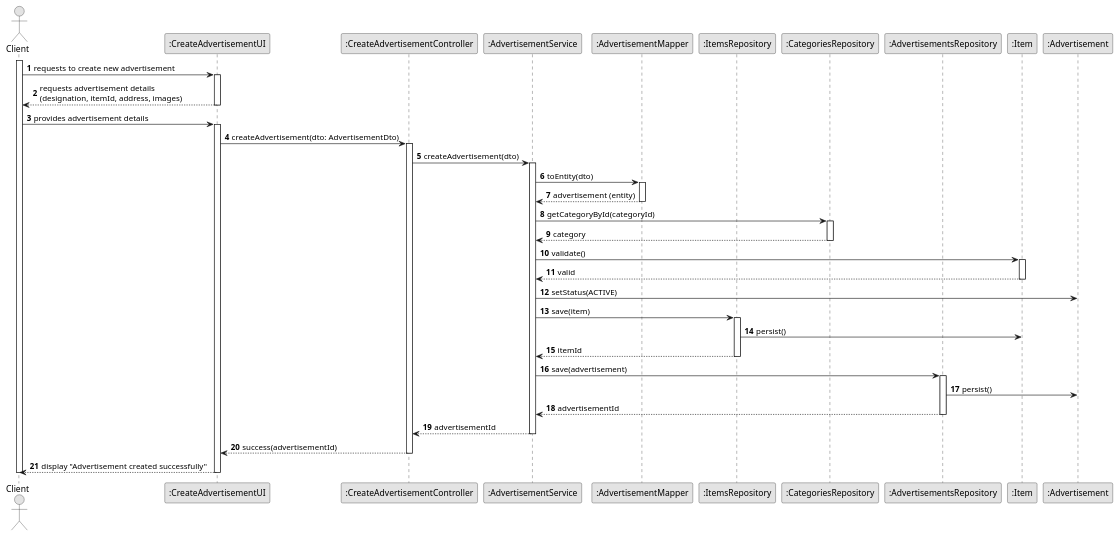
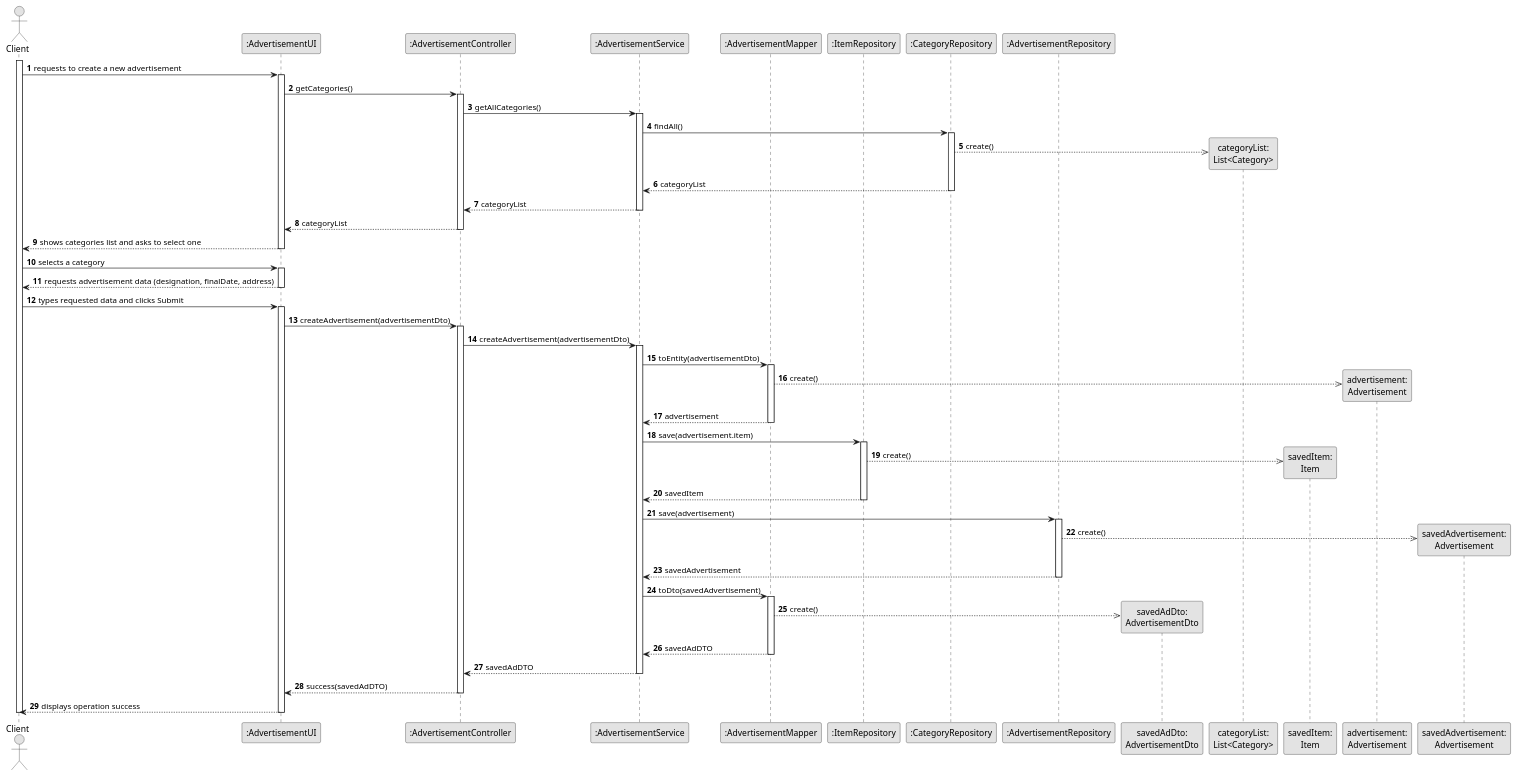
Before and after one commit to vivianeaalmeida/ComeAndGet: the diagram in Docs/US07/03-design/US07-SD.puml, drawn with PlantUML. The commit also changed 6 other files, not shown here.

```diff
--- a/Docs/US07/03-design/US07-SD.puml
+++ b/Docs/US07/03-design/US07-SD.puml
@@ -1,74 +1,99 @@
 @startuml
 skinparam monochrome true
 skinparam packageStyle rectangle
 skinparam shadowing false
 
 autonumber
 
 actor "Client" as CLIENT
-participant ":CreateAdvertisementUI" as UI
-participant ":CreateAdvertisementController" as CTRL
-participant ":AdvertisementService" as SERVICE
-participant ":AdvertisementMapper" as MAPPER
-participant ":ItemsRepository" as ITEM_REPO
-participant ":CategoriesRepository" as CAT_REPO
-participant ":AdvertisementsRepository" as AD_REPO
-participant ":Item" as ITEM
-participant ":Advertisement" as AD
+participant ":AdvertisementUI" as UI
+participant ":AdvertisementController" as CTRL
+participant ":AdvertisementService" as AD_SERVICE
+
+participant ":AdvertisementMapper" as AD_MAPPER
+participant ":ItemRepository" as ITEM_REPO
+participant ":CategoryRepository" as CAT_REPO
+participant ":AdvertisementRepository" as AD_REPO
+
+participant "savedAdDto:\nAdvertisementDto" as AD_DTO
+participant "categoryList:\nList<Category>" as CAT_LIST
+participant "savedItem:\nItem" as ITEM
+participant "advertisement:\nAdvertisement" as AD
+participant "savedAdvertisement:\nAdvertisement" as SAVED_AD
 
 activate CLIENT
 
-    CLIENT -> UI : requests to create new advertisement
+    CLIENT -> UI : requests to create a new advertisement
     activate UI
 
-        UI --> CLIENT : requests advertisement details\n(designation, itemId, address, images)
+        UI -> CTRL : getCategories()
+        activate CTRL
+
+            CTRL -> AD_SERVICE : getAllCategories()
+            activate AD_SERVICE
+
+                AD_SERVICE -> CAT_REPO : findAll()
+                activate CAT_REPO
+                    CAT_REPO -->> CAT_LIST** : create()
+                    CAT_REPO --> AD_SERVICE : categoryList
+                deactivate CAT_REPO
+
+                AD_SERVICE --> CTRL : categoryList
+            deactivate AD_SERVICE
+
+            CTRL --> UI : categoryList
+        deactivate CTRL
+
+        UI --> CLIENT : shows categories list and asks to select one
     deactivate UI
 
-    CLIENT -> UI : provides advertisement details
+    CLIENT -> UI : selects a category
     activate UI
 
-        UI -> CTRL : createAdvertisement(dto: AdvertisementDto)
+        UI --> CLIENT : requests advertisement data (designation, finalDate, address)
+    deactivate UI
+
+    CLIENT -> UI : types requested data and clicks Submit
+    activate UI
+
+        UI -> CTRL : createAdvertisement(advertisementDto)
         activate CTRL
 
-            CTRL -> SERVICE : createAdvertisement(dto)
-            activate SERVICE
+            CTRL -> AD_SERVICE : createAdvertisement(advertisementDto)
+            activate AD_SERVICE
 
-                SERVICE -> MAPPER : toEntity(dto)
-                activate MAPPER
-                    MAPPER --> SERVICE : advertisement (entity)
-                deactivate MAPPER
+                AD_SERVICE -> AD_MAPPER : toEntity(advertisementDto)
+                activate AD_MAPPER
+                    AD_MAPPER -->> AD** : create()
+                    AD_MAPPER --> AD_SERVICE : advertisement
+                deactivate AD_MAPPER
 
-                SERVICE -> CAT_REPO : getCategoryById(categoryId)
-                activate CAT_REPO
-                    CAT_REPO --> SERVICE : category
-                deactivate CAT_REPO
-
-                SERVICE -> ITEM : validate()
-                activate ITEM
-                    ITEM --> SERVICE : valid
-                deactivate ITEM
-
-                SERVICE -> AD : setStatus(ACTIVE)
-                SERVICE -> ITEM_REPO : save(item)
+                AD_SERVICE -> ITEM_REPO : save(advertisement.item)
                 activate ITEM_REPO
-                    ITEM_REPO -> ITEM : persist()
-                    ITEM_REPO --> SERVICE : itemId
+                    ITEM_REPO -->> ITEM** : create()
+                    ITEM_REPO --> AD_SERVICE : savedItem
                 deactivate ITEM_REPO
 
-                SERVICE -> AD_REPO : save(advertisement)
+                AD_SERVICE -> AD_REPO : save(advertisement)
                 activate AD_REPO
-                    AD_REPO -> AD : persist()
-                    AD_REPO --> SERVICE : advertisementId
+                    AD_REPO -->> SAVED_AD** : create()
+                    AD_REPO --> AD_SERVICE : savedAdvertisement
                 deactivate AD_REPO
 
-                SERVICE --> CTRL : advertisementId
-            deactivate SERVICE
+                AD_SERVICE -> AD_MAPPER : toDto(savedAdvertisement)
+                activate AD_MAPPER
+                    AD_MAPPER -->> AD_DTO** : create()
+                    AD_MAPPER --> AD_SERVICE : savedAdDTO
+                deactivate AD_MAPPER
 
-            CTRL --> UI : success(advertisementId)
+                AD_SERVICE --> CTRL : savedAdDTO
+            deactivate AD_SERVICE
+
+            CTRL --> UI : success(savedAdDTO)
         deactivate CTRL
 
-        UI --> CLIENT : display "Advertisement created successfully"
+        UI --> CLIENT : displays operation success
     deactivate UI
 
 deactivate CLIENT
 @enduml
```
